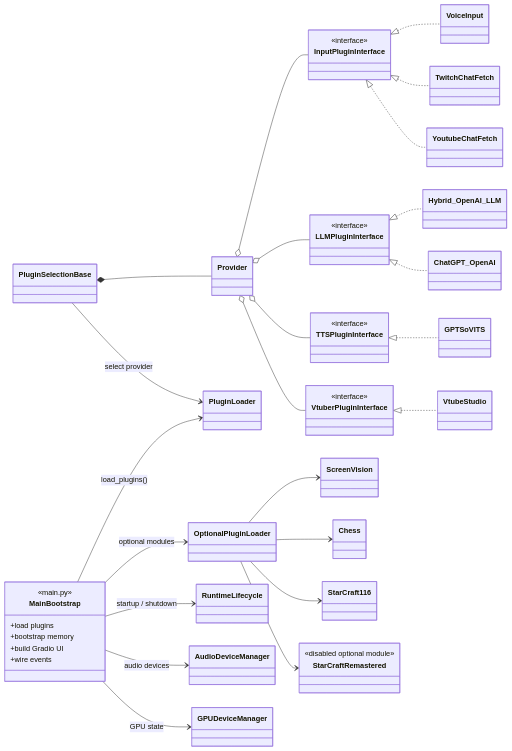
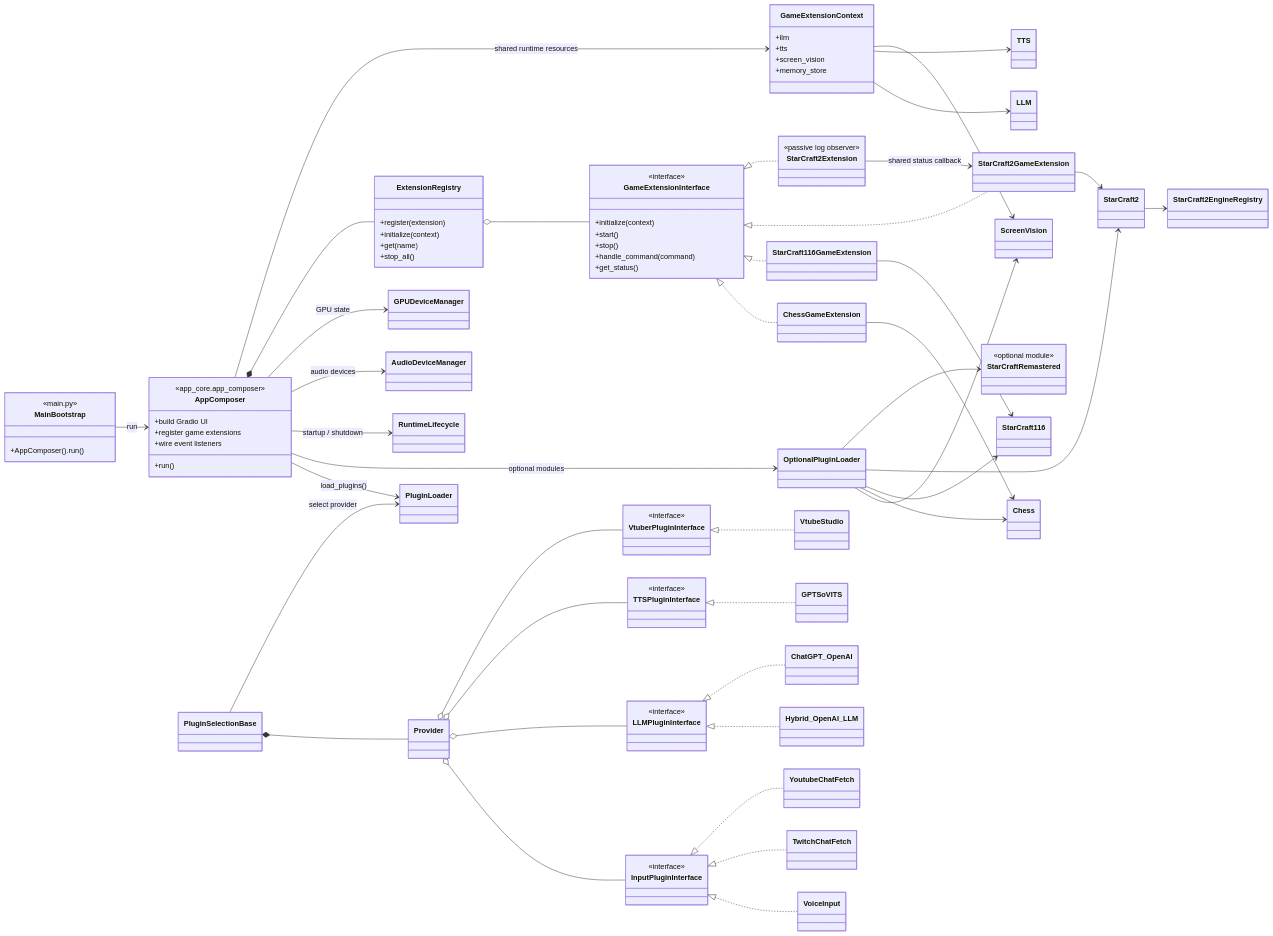
Before and after one commit to jaewoopark351/LAVI: the second of 2 diagrams in README.md, drawn with Mermaid. The commit also changed 4 other files, not shown here.

Commit message:
docs: document StarCraft2 extension architecture and collapse engine UI

````diff
--- a/README.md
+++ b/README.md
@@ -49,12 +49,36 @@
 classDiagram
     direction LR
 
+    class AppComposer {
+        <<app_core.app_composer>>
+        +run()
+        +build Gradio UI
+        +register game extensions
+        +wire event listeners
+    }
     class MainBootstrap {
         <<main.py>>
-        +load plugins
-        +bootstrap memory
-        +build Gradio UI
-        +wire events
+        +AppComposer().run()
+    }
+    class ExtensionRegistry {
+        +register(extension)
+        +initialize(context)
+        +get(name)
+        +stop_all()
+    }
+    class GameExtensionContext {
+        +llm
+        +tts
+        +screen_vision
+        +memory_store
+    }
+    class GameExtensionInterface {
+        <<interface>>
+        +initialize(context)
+        +start()
+        +stop()
+        +handle_command(command)
+        +get_status()
     }
     class PluginLoader
     class PluginSelectionBase
@@ -87,16 +111,26 @@
     class ScreenVision
     class Chess
     class StarCraft116
+    class StarCraft2
     class StarCraftRemastered {
-        <<disabled optional module>>
+        <<optional module>>
     }
+    class ChessGameExtension
+    class StarCraft116GameExtension
+    class StarCraft2GameExtension
+    class StarCraft2Extension {
+        <<passive log observer>>
+    }
+    class StarCraft2EngineRegistry
 
-    MainBootstrap --> PluginLoader : load_plugins()
-    MainBootstrap --> OptionalPluginLoader : optional modules
-    MainBootstrap --> RuntimeLifecycle : startup / shutdown
-    MainBootstrap --> AudioDeviceManager : audio devices
-    MainBootstrap --> GPUDeviceManager : GPU state
-
+    MainBootstrap --> AppComposer : run
+    AppComposer --> PluginLoader : load_plugins()
+    AppComposer --> OptionalPluginLoader : optional modules
+    AppComposer --> RuntimeLifecycle : startup / shutdown
+    AppComposer --> AudioDeviceManager : audio devices
+    AppComposer --> GPUDeviceManager : GPU state
+    AppComposer *-- ExtensionRegistry
+    AppComposer --> GameExtensionContext : shared runtime resources
     PluginSelectionBase *-- Provider
     PluginSelectionBase --> PluginLoader : select provider
     Provider o-- InputPluginInterface
@@ -115,5 +149,20 @@
     OptionalPluginLoader --> ScreenVision
     OptionalPluginLoader --> Chess
     OptionalPluginLoader --> StarCraft116
+    OptionalPluginLoader --> StarCraft2
     OptionalPluginLoader --> StarCraftRemastered
+
+    ExtensionRegistry o-- GameExtensionInterface
+    GameExtensionContext --> LLM
+    GameExtensionContext --> TTS
+    GameExtensionContext --> ScreenVision
+    GameExtensionInterface <|.. ChessGameExtension
+    GameExtensionInterface <|.. StarCraft116GameExtension
+    GameExtensionInterface <|.. StarCraft2GameExtension
+    GameExtensionInterface <|.. StarCraft2Extension
+    ChessGameExtension --> Chess
+    StarCraft116GameExtension --> StarCraft116
+    StarCraft2GameExtension --> StarCraft2
+    StarCraft2Extension --> StarCraft2GameExtension : shared status callback
+    StarCraft2 --> StarCraft2EngineRegistry
 ```
````
